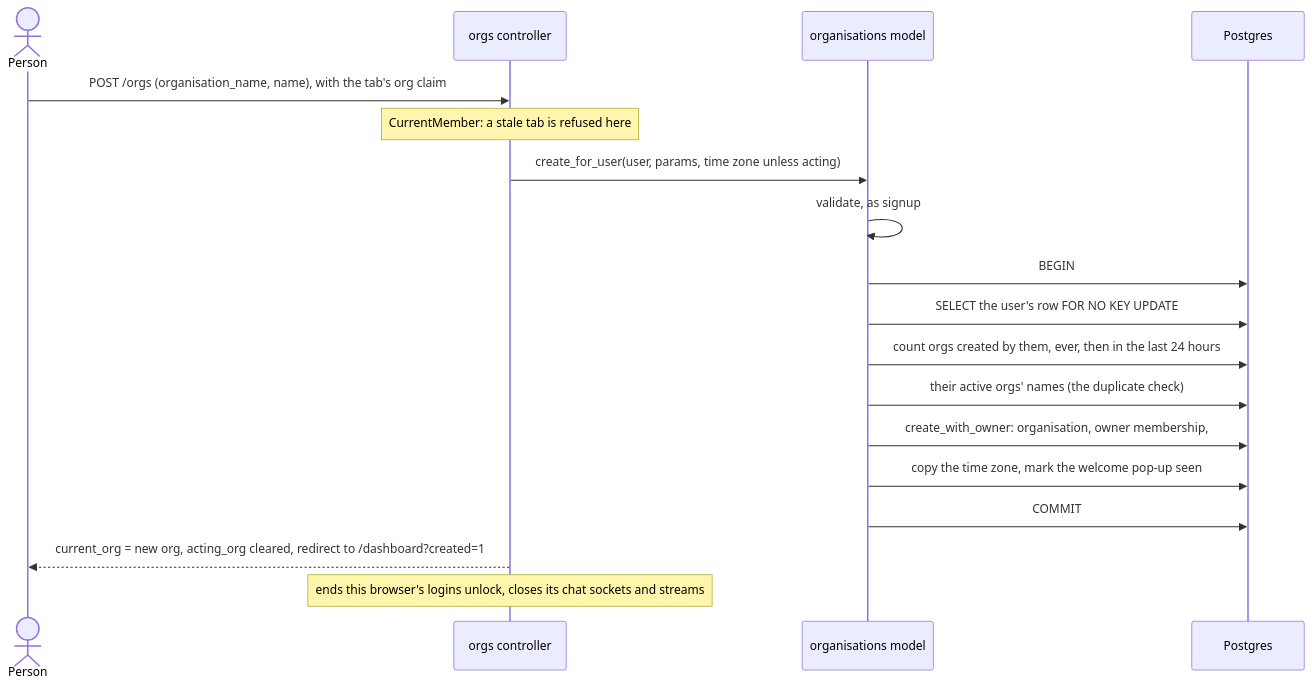
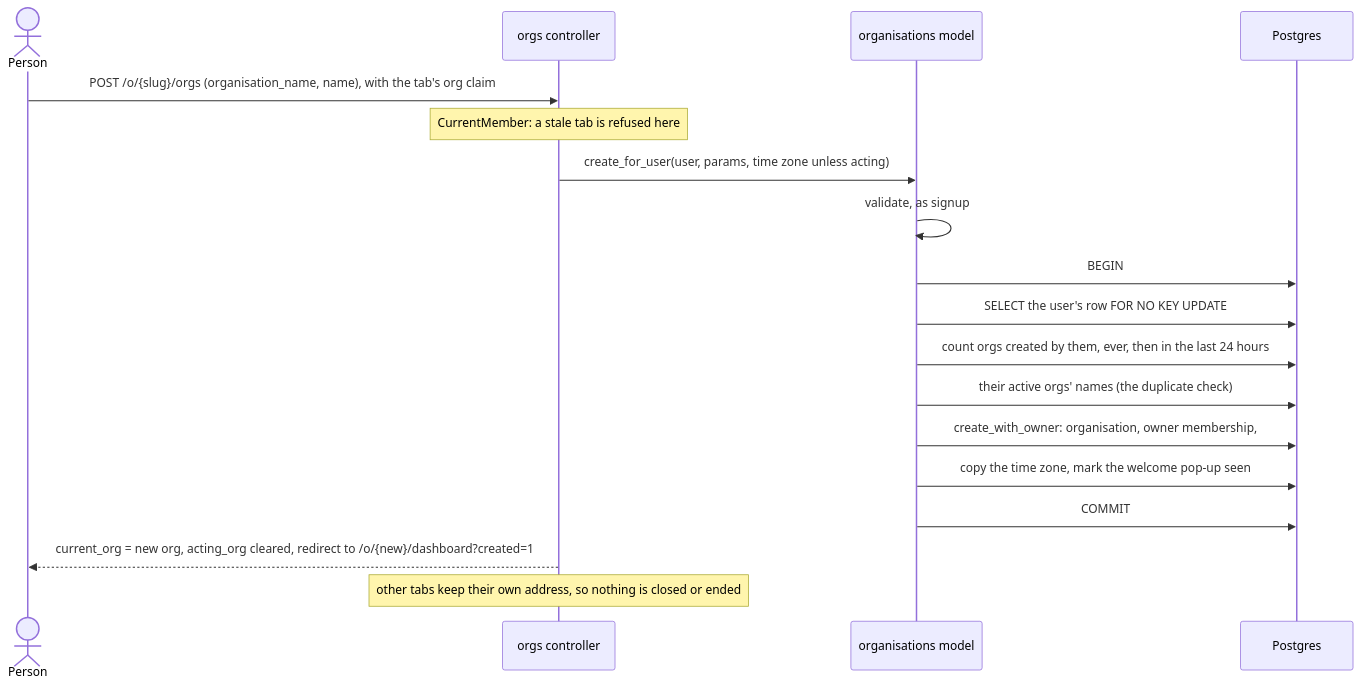
The second of 9 diagrams in docs/flows/accounts.md (rajgurung/collaboration_tool), drawn with Mermaid before and after one commit. The commit also changed other lines of this file and 11 other files, not shown here.

Commit message:
Docs: the organisation in the address

````diff
--- a/docs/flows/accounts.md
+++ b/docs/flows/accounts.md
@@ -65,20 +65,20 @@
 ```mermaid
 sequenceDiagram
     actor P as Person
     participant C as orgs controller
     participant O as organisations model
     participant DB as Postgres
-    P->>C: POST /orgs (organisation_name, name), with the tab's org claim
+    P->>C: POST /o/{slug}/orgs (organisation_name, name), with the tab's org claim
     Note over C: CurrentMember: a stale tab is refused here
     C->>O: create_for_user(user, params, time zone unless acting)
     O->>O: validate, as signup
     O->>DB: BEGIN
     O->>DB: SELECT the user's row FOR NO KEY UPDATE
     O->>DB: count orgs created by them, ever, then in the last 24 hours
     O->>DB: their active orgs' names (the duplicate check)
     O->>DB: create_with_owner: organisation, owner membership, #general, folders
     O->>DB: copy the time zone, mark the welcome pop-up seen
     O->>DB: COMMIT
-    C-->>P: current_org = new org, acting_org cleared, redirect to /dashboard?created=1
-    Note over C: ends this browser's logins unlock, closes its chat sockets and streams
+    C-->>P: current_org = new org, acting_org cleared, redirect to /o/{new}/dashboard?created=1
+    Note over C: other tabs keep their own address, so nothing is closed or ended
 ```
````
